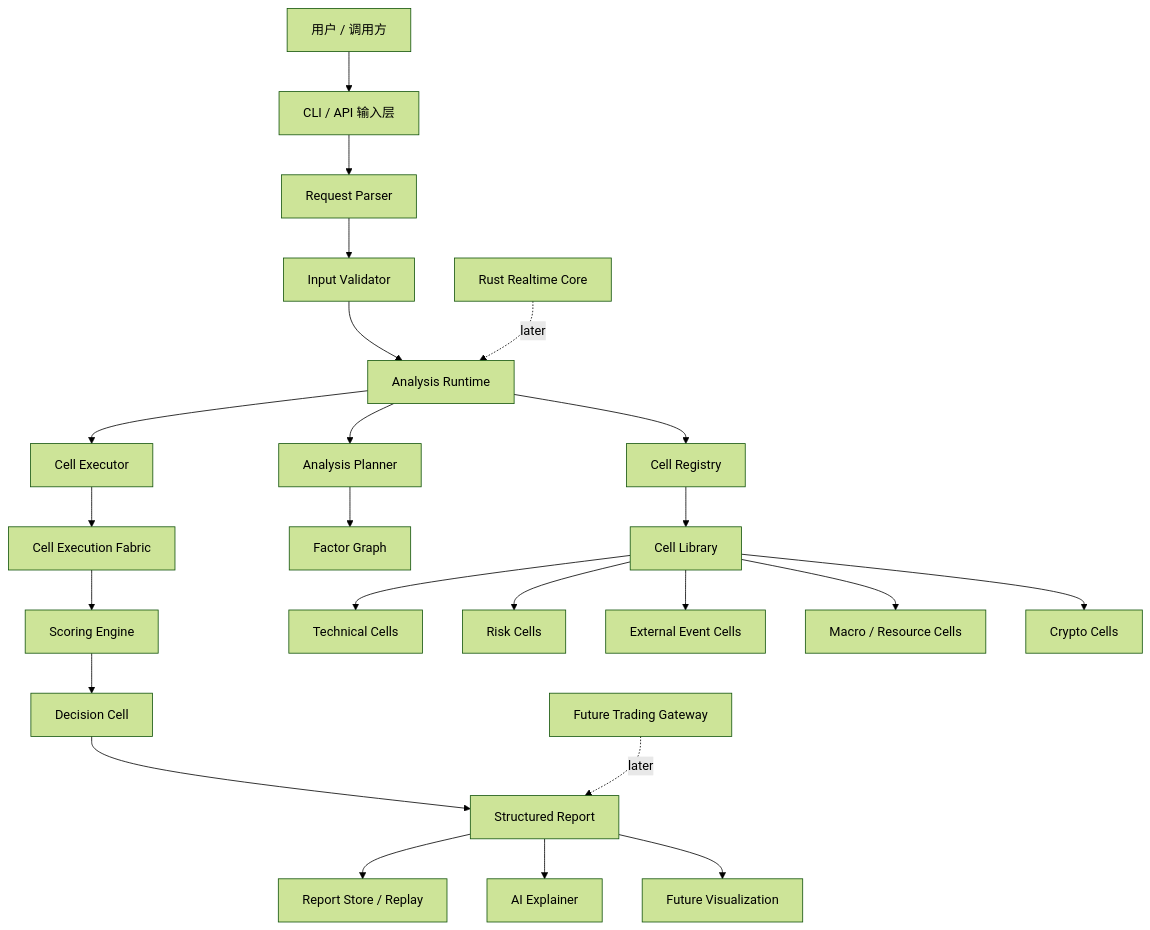
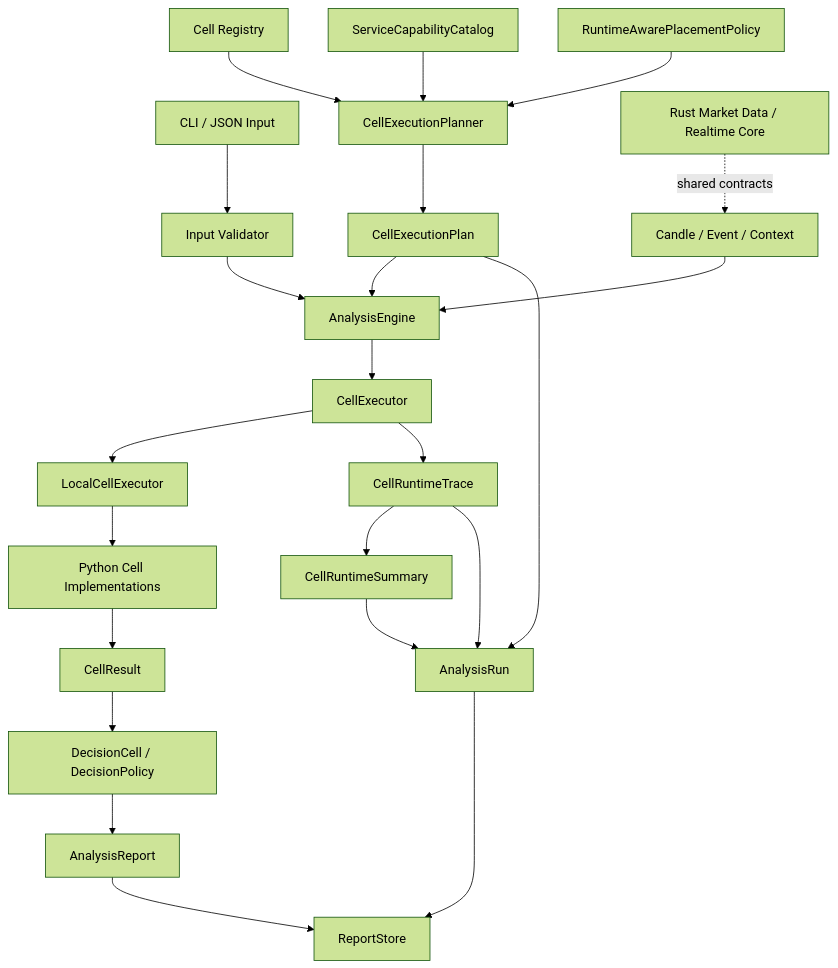
Before and after one commit to ModWU/market-cell: the diagram in docs/system_architecture.md, drawn with Mermaid (forest theme). The commit also changed other lines of this file and 14 other files, not shown here.

Commit message:
Refactor architecture documentation baseline

````diff
--- a/docs/system_architecture.md
+++ b/docs/system_architecture.md
@@ -21,31 +42,29 @@
 ```mermaid
 flowchart TD
-    User["用户 / 调用方"] --> CLI["CLI / API 输入层"]
-    CLI --> Parser["Request Parser"]
-    Parser --> Validator["Input Validator"]
-    Validator --> Runtime["Analysis Runtime"]
+    Input["CLI / JSON Input"] --> Validate["Input Validator"]
+    Validate --> Engine["AnalysisEngine"]
 
-    Runtime --> Registry["Cell Registry"]
-    Runtime --> Planner["Analysis Planner"]
-    Runtime --> Executor["Cell Executor"]
+    Registry["Cell Registry"] --> Planner["CellExecutionPlanner"]
+    Catalog["ServiceCapabilityCatalog"] --> Planner
+    Placement["RuntimeAwarePlacementPolicy"] --> Planner
+    Planner --> Plan["CellExecutionPlan"]
+    Plan --> Engine
 
-    Registry --> Cells["Cell Library"]
-    Planner --> Graph["Factor Graph"]
-    Executor --> Fabric["Cell Execution Fabric"]
-    Fabric --> Scoring["Scoring Engine"]
+    Engine --> Executor["CellExecutor"]
+    Executor --> Local["LocalCellExecutor"]
+    Local --> Cells["Python Cell Implementations"]
+    Cells --> Results["CellResult"]
+    Results --> Decision["DecisionCell / DecisionPolicy"]
+    Decision --> Report["AnalysisReport"]
 
-    Cells --> Technical["Technical Cells"]
-    Cells --> Risk["Risk Cells"]
-    Cells --> External["External Event Cells"]
-    Cells --> Macro["Macro / Resource Cells"]
-    Cells --> Crypto["Crypto Cells"]
+    Executor --> Trace["CellRuntimeTrace"]
+    Trace --> Summary["CellRuntimeSummary"]
+    Plan --> Run["AnalysisRun"]
+    Trace --> Run
+    Summary --> Run
+    Report --> Store["ReportStore"]
+    Run --> Store
 
-    Scoring --> Decision["Decision Cell"]
-    Decision --> Report["Structured Report"]
-    Report --> Storage["Report Store / Replay"]
-    Report --> AI["AI Explainer"]
-    Report --> UI["Future Visualization"]
-
-    Realtime["Rust Realtime Core"] -. later .-> Runtime
-    Trading["Future Trading Gateway"] -. later .-> Report
+    Data["Candle / Event / Context"] --> Engine
+    Rust["Rust Market Data / Realtime Core"] -. shared contracts .-> Data
 ```
````
